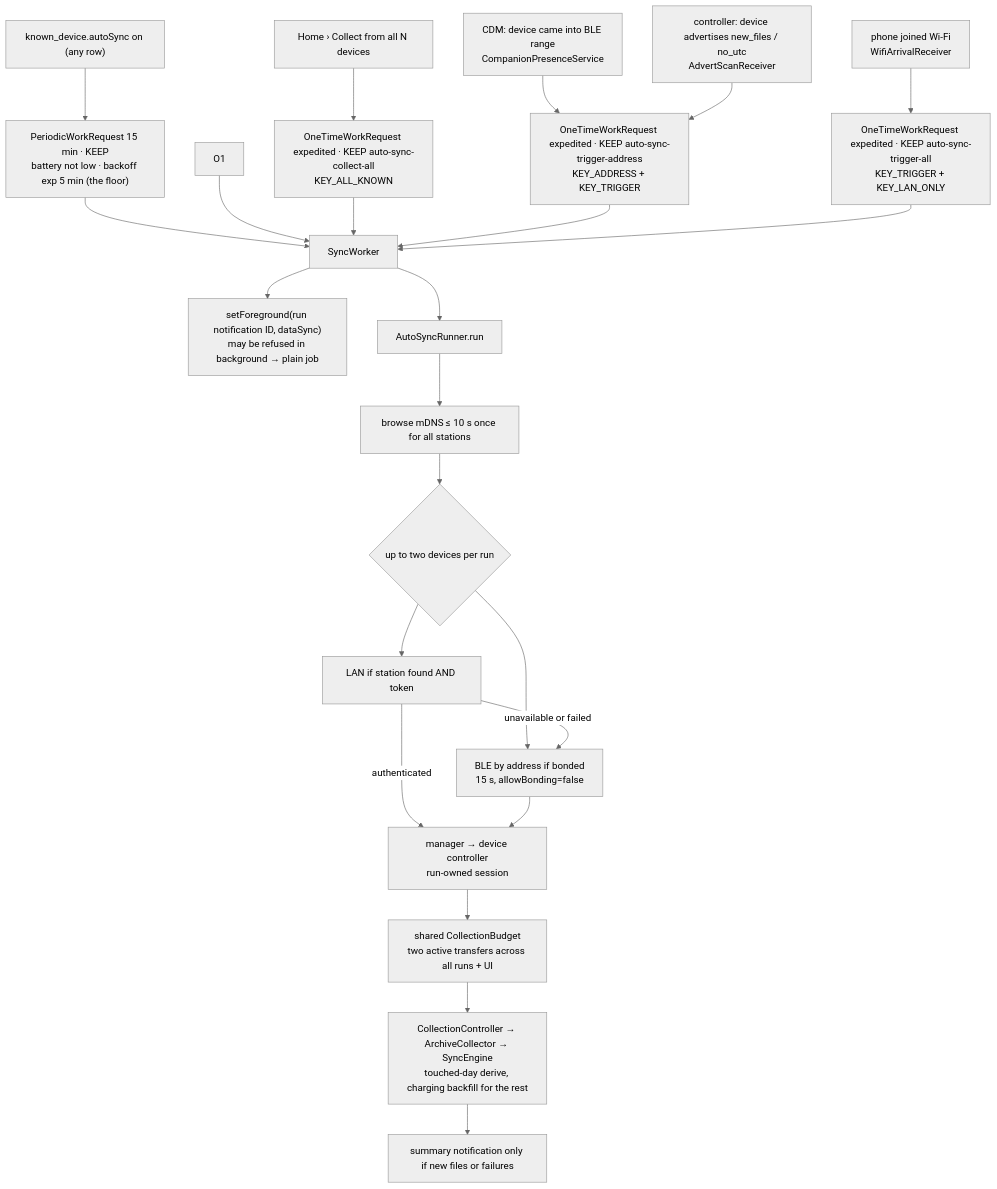
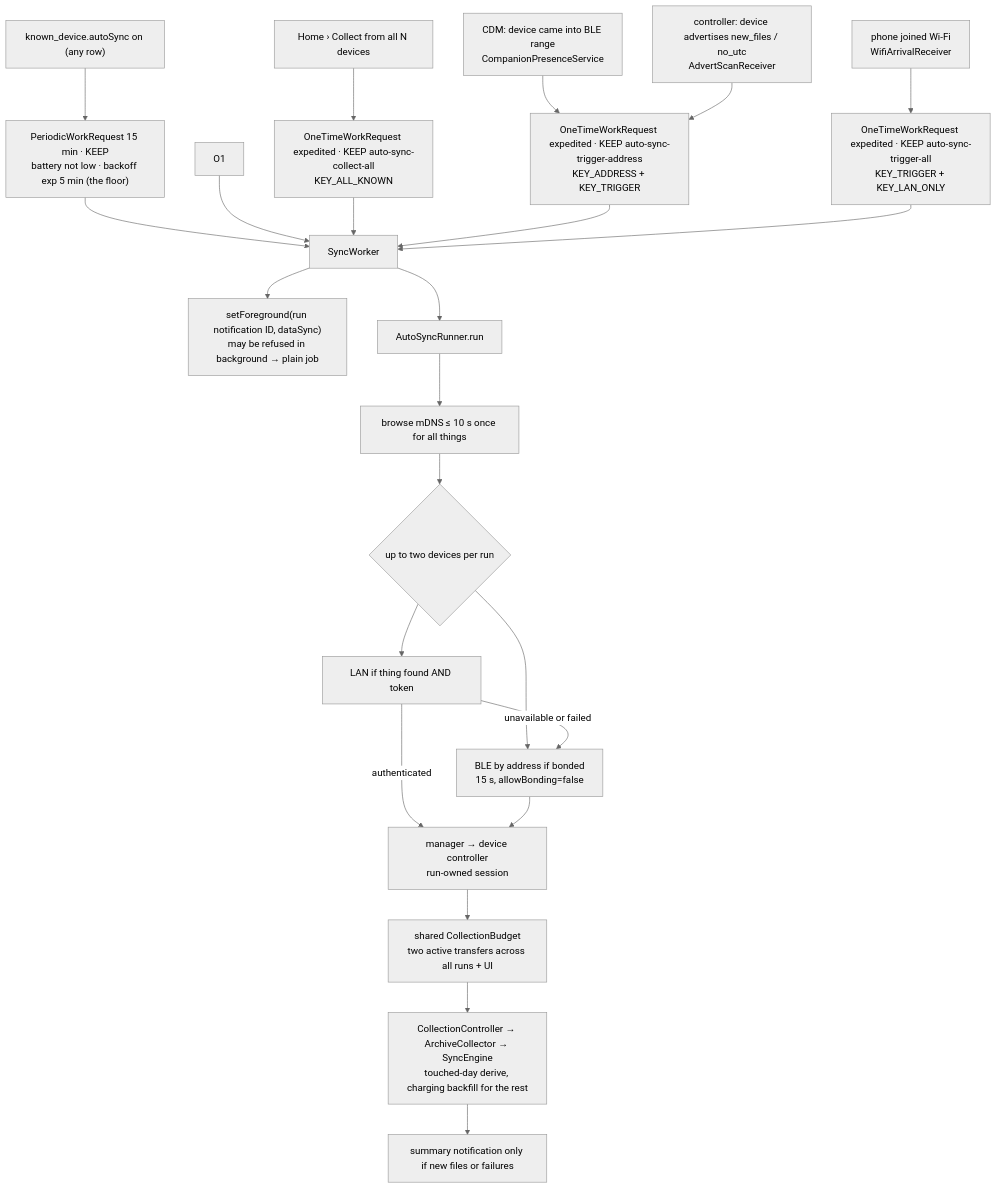
Before and after one commit to walkthru-earth/opensensor-space-mobile: the diagram in docs/background-sync.md, drawn with Mermaid (neutral theme). The commit also changed other lines of this file and 348 other files, not shown here.

````diff
--- a/docs/background-sync.md
+++ b/docs/background-sync.md
@@ -17,25 +17,25 @@
 ```mermaid
 flowchart TD
   SW["known_device.autoSync on (any row)"] --> P["PeriodicWorkRequest 15 min · KEEP<br/>battery not low · backoff exp 5 min (the floor)"]
   M2["Home › Collect from all N devices"] --> O2["OneTimeWorkRequest expedited · KEEP auto-sync-collect-all<br/>KEY_ALL_KNOWN"]
   T1["CDM: device came into BLE range<br/>CompanionPresenceService"] --> O3["OneTimeWorkRequest expedited · KEEP auto-sync-trigger-address<br/>KEY_ADDRESS + KEY_TRIGGER"]
   T2["controller: device advertises new_files / no_utc<br/>AdvertScanReceiver"] --> O3
   T3["phone joined Wi-Fi<br/>WifiArrivalReceiver"] --> O4["OneTimeWorkRequest expedited · KEEP auto-sync-trigger-all<br/>KEY_TRIGGER + KEY_LAN_ONLY"]
   P --> W[SyncWorker]
   O1 --> W
   O2 --> W
   O3 --> W
   O4 --> W
   W --> F["setForeground(run notification ID, dataSync)<br/>may be refused in background → plain job"]
   W --> R[AutoSyncRunner.run]
-  R --> L["browse mDNS ≤ 10 s once for all stations"]
+  R --> L["browse mDNS ≤ 10 s once for all things"]
   L --> D{up to two devices per run}
-  D --> LAN["LAN if station found AND token"]
+  D --> LAN["LAN if thing found AND token"]
   D --> BLE["BLE by address if bonded<br/>15 s, allowBonding=false"]
   LAN -- unavailable or failed --> BLE
   LAN -- authenticated --> C["manager → device controller<br/>run-owned session"]
   BLE --> C
   C --> B["shared CollectionBudget<br/>two active transfers across all runs + UI"]
   B --> S["CollectionController → ArchiveCollector → SyncEngine<br/>touched-day derive, charging backfill for the rest"]
   S --> N["summary notification only if new files or failures"]
 ```
````
